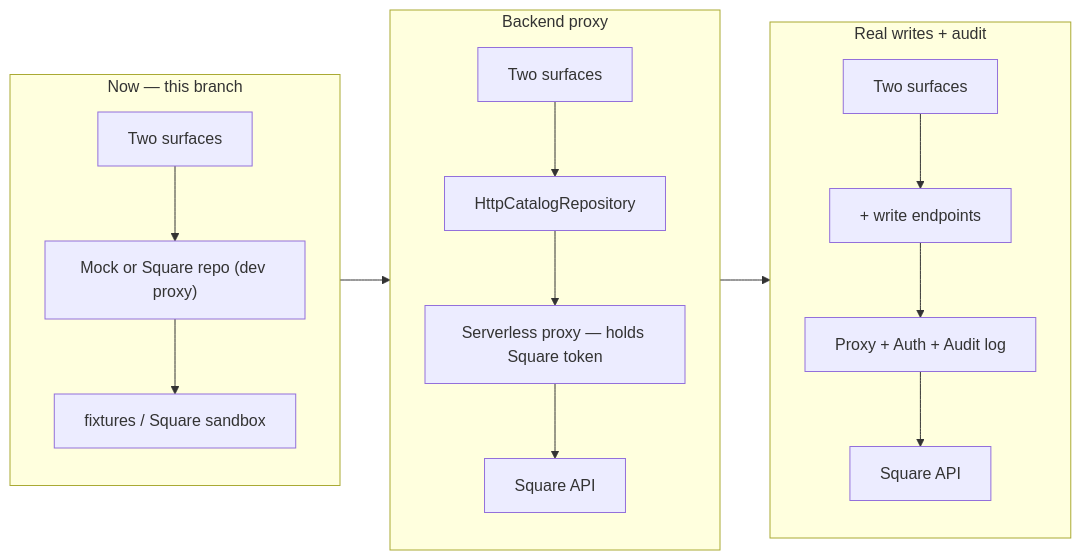
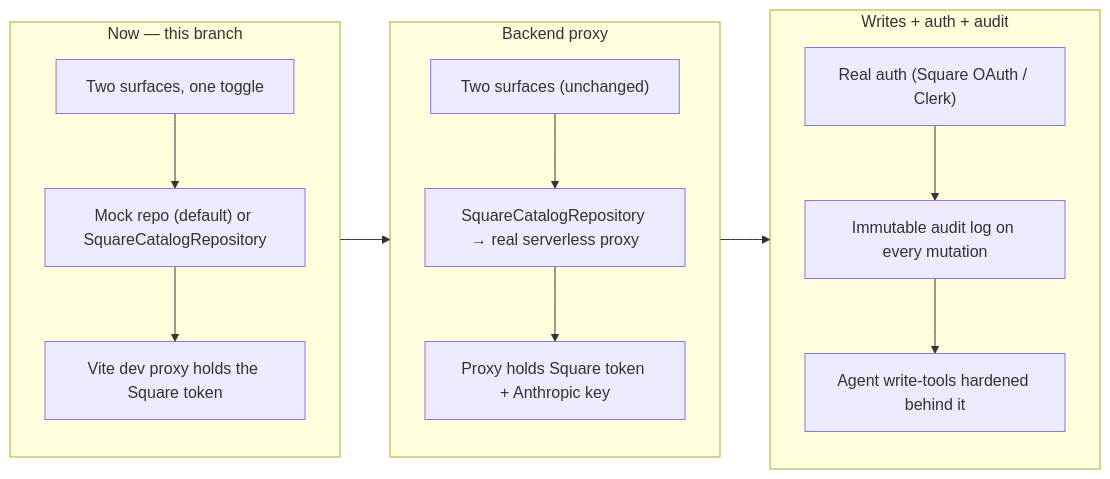
One commit to daniel-citrus/CapheVietPOS changed the sixth of 6 diagrams in ARCHITECTURE.md. Above: the diagram before and after it, drawn with Mermaid. The commit also changed other lines of this file and 11 other files, not shown here.

First line of the commit message:
Keep Anthropic API key server-side via Vite proxy (like Square).

````diff
--- a/ARCHITECTURE.md
+++ b/ARCHITECTURE.md
@@ -119,13 +446,25 @@
 ```mermaid
 flowchart LR
   subgraph NOW["Now — this branch"]
-    A1["Two surfaces"] --> A2["Mock or Square repo (dev proxy)"] --> A3["fixtures / Square sandbox"]
+    direction TB
+    N1["Two surfaces, one toggle"]
+    N2["Mock repo (default) or SquareCatalogRepository"]
+    N3["Vite dev proxy holds the Square token"]
+    N1 --> N2 --> N3
   end
-  subgraph P2["Backend proxy"]
-    B1["Two surfaces"] --> B2["HttpCatalogRepository"] --> B3["Serverless proxy — holds Square token"] --> B4["Square API"]
+  subgraph NEXT["Backend proxy"]
+    direction TB
+    X1["Two surfaces (unchanged)"]
+    X2["SquareCatalogRepository → real serverless proxy"]
+    X3["Proxy holds Square token + Anthropic key"]
+    X1 --> X2 --> X3
   end
-  subgraph P3["Real writes + audit"]
-    C1["Two surfaces"] --> C2["+ write endpoints"] --> C3["Proxy + Auth + Audit log"] --> C4["Square API"]
+  subgraph HARDEN["Writes + auth + audit"]
+    direction TB
+    H1["Real auth (Square OAuth / Clerk)"]
+    H2["Immutable audit log on every mutation"]
+    H3["Agent write-tools hardened behind it"]
+    H1 --> H2 --> H3
   end
-  NOW --> P2 --> P3
+  NOW --> NEXT --> HARDEN
 ```
````
